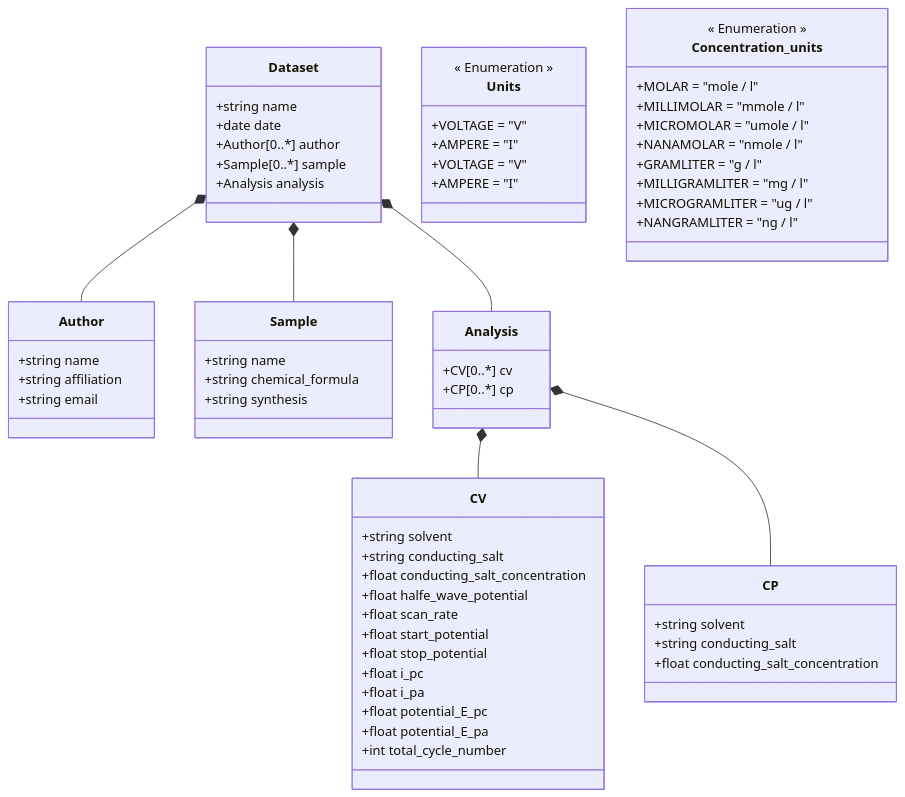
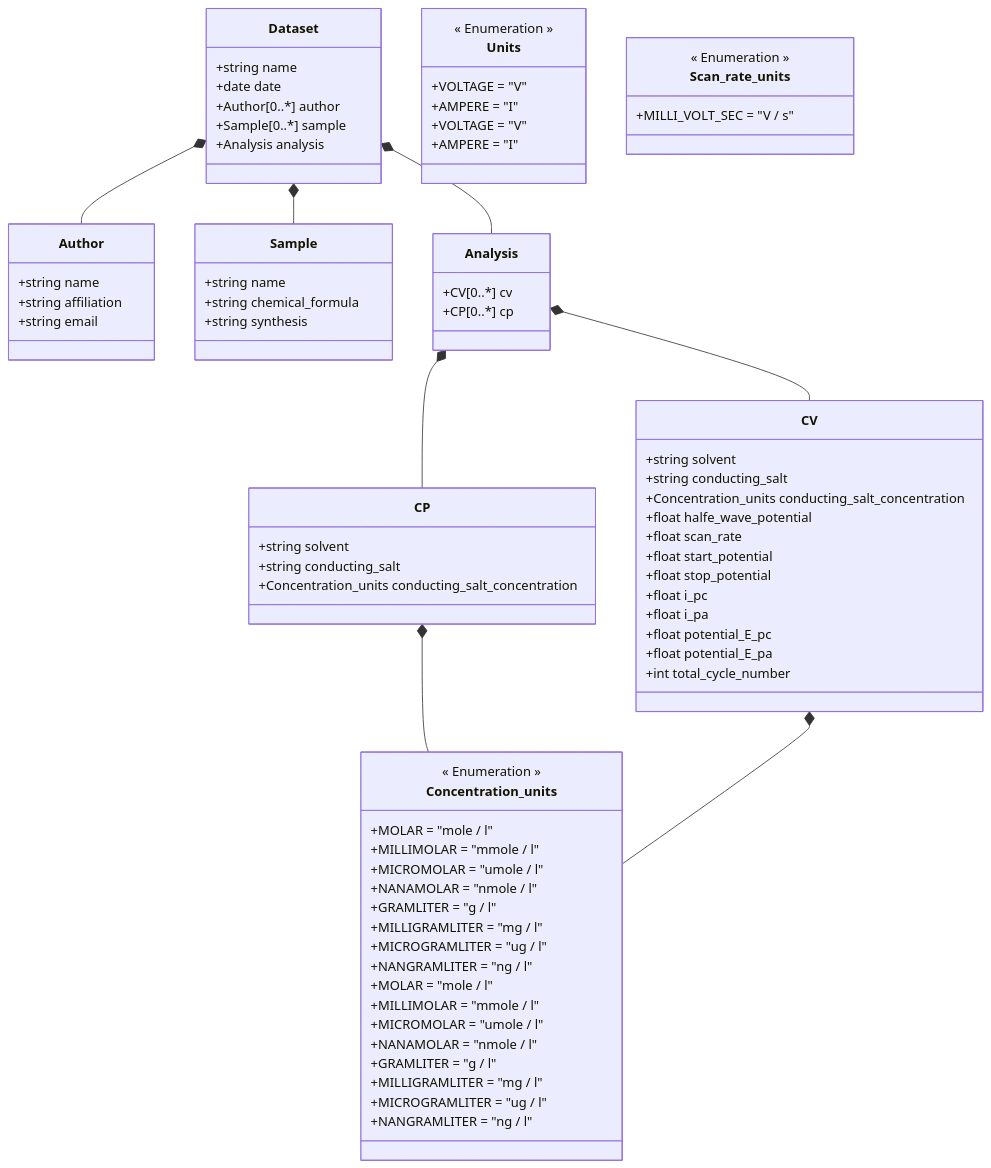
One commit to FAIRChemistry/datamodel-electrochemistry changed the diagram in ElectrochemistryDataModel/schemes/Datamodel for Electrochemistry.md. Above: the diagram before and after it, drawn with Mermaid. The commit also changed 9 other files, not shown here.

````diff
--- a/ElectrochemistryDataModel/schemes/Datamodel for Electrochemistry.md
+++ b/ElectrochemistryDataModel/schemes/Datamodel for Electrochemistry.md
@@ -5,6 +5,8 @@
     Dataset *-- Analysis
     Analysis *-- CV
     Analysis *-- CP
+    CP *-- Concentration_units
+    CV *-- Concentration_units
     
     class Dataset {
         +string name
@@ -28,13 +30,13 @@
     class CP {
         +string solvent
         +string conducting_salt
-        +float conducting_salt_concentration
+        +Concentration_units conducting_salt_concentration
     }
     
     class CV {
         +string solvent
         +string conducting_salt
-        +float conducting_salt_concentration
+        +Concentration_units conducting_salt_concentration
         +float halfe_wave_potential
         +float scan_rate
         +float start_potential
@@ -76,4 +78,21 @@
         +NANGRAMLITER = "ng / l"
     }
     
+    class Concentration_units {
+        << Enumeration >>
+        +MOLAR = "mole / l"
+        +MILLIMOLAR = "mmole / l"
+        +MICROMOLAR = "umole / l"
+        +NANAMOLAR = "nmole / l"
+        +GRAMLITER = "g / l"
+        +MILLIGRAMLITER = "mg / l"
+        +MICROGRAMLITER = "ug / l"
+        +NANGRAMLITER = "ng / l"
+    }
+    
+    class Scan_rate_units {
+        << Enumeration >>
+        +MILLI_VOLT_SEC = "V / s"
+    }
+    
 ```
````
